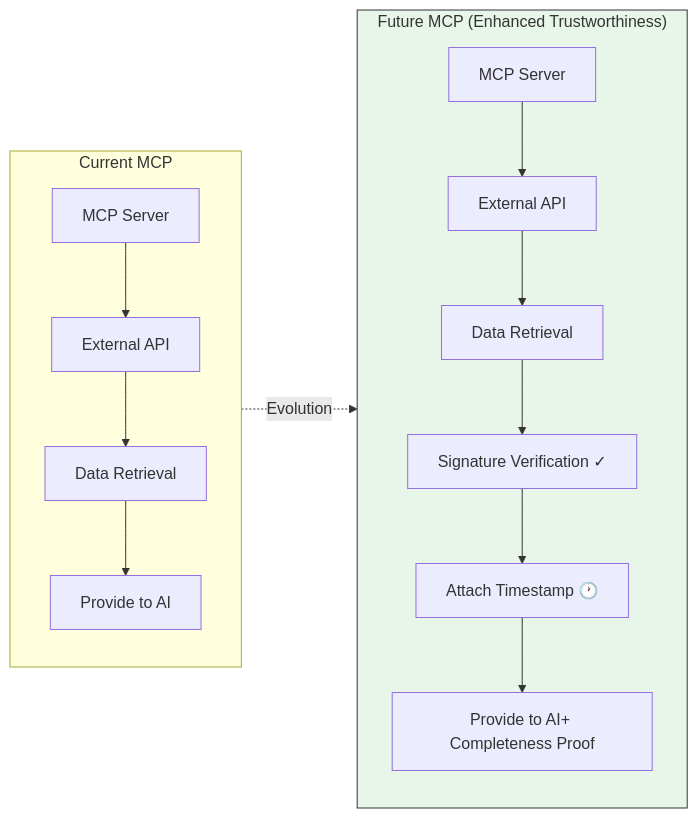
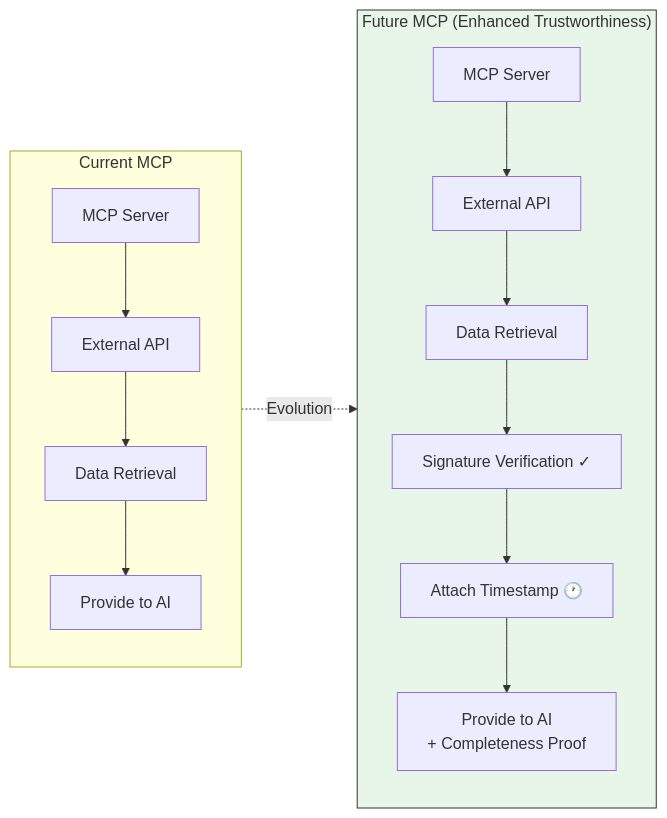
One commit to shuji-bonji/ai-agent-architecture changed the ninth of 10 diagrams in docs/concepts/05-solving-ai-limitations.md. Above: the diagram before and after it, drawn with Mermaid. The commit also changed other lines of this file and 8 other files, not shown here.

````diff
--- a/docs/concepts/05-solving-ai-limitations.md
+++ b/docs/concepts/05-solving-ai-limitations.md
@@ -351,20 +351,20 @@
 ```mermaid
 flowchart LR
     subgraph CURRENT["Current MCP"]
         C1["MCP Server"] --> C2["External API"]
         C2 --> C3["Data Retrieval"]
         C3 --> C4["Provide to AI"]
     end
 
     subgraph FUTURE["Future MCP (Enhanced Trustworthiness)"]
         F1["MCP Server"] --> F2["External API"]
         F2 --> F3["Data Retrieval"]
         F3 --> F4["Signature Verification ✓"]
         F4 --> F5["Attach Timestamp 🕐"]
-        F5 --> F6["Provide to AI<bn>+ Completeness Proof"]
+        F5 --> F6["Provide to AI<br>+ Completeness Proof"]
     end
 
     CURRENT -.->|"Evolution"| FUTURE
 
     style FUTURE fill:#e8f5e9,color:#333,stroke:#333
 ```
````
